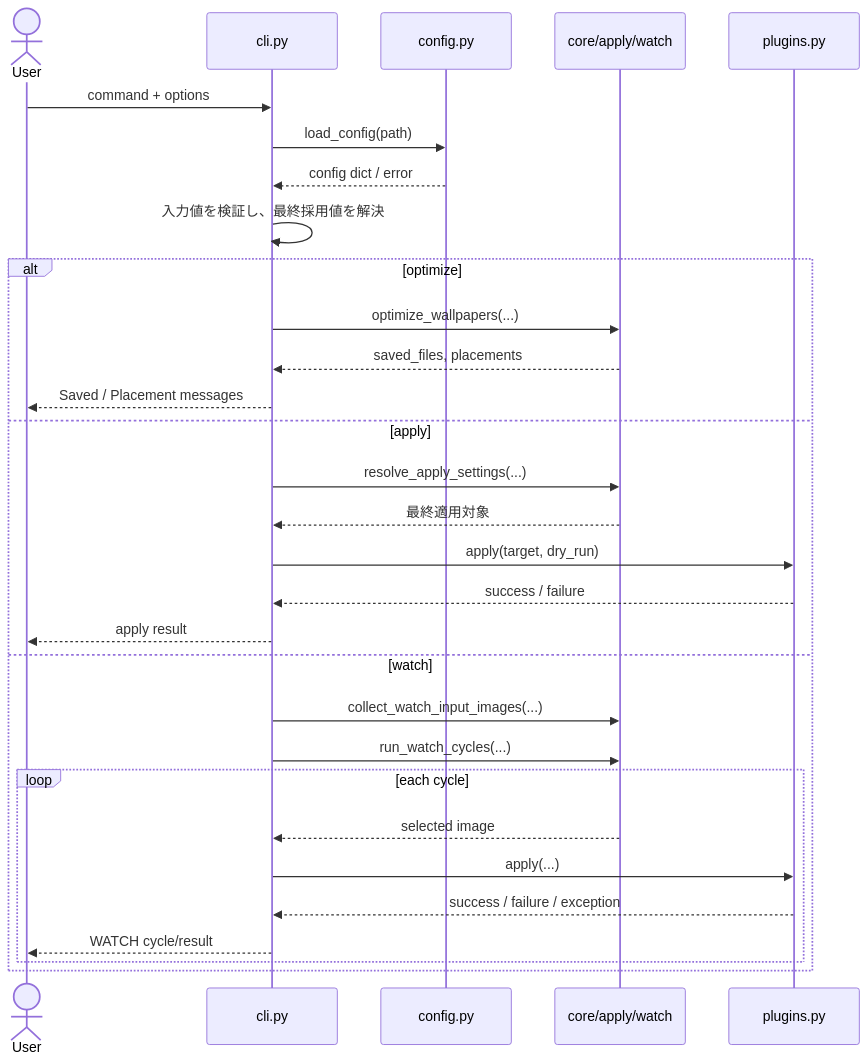
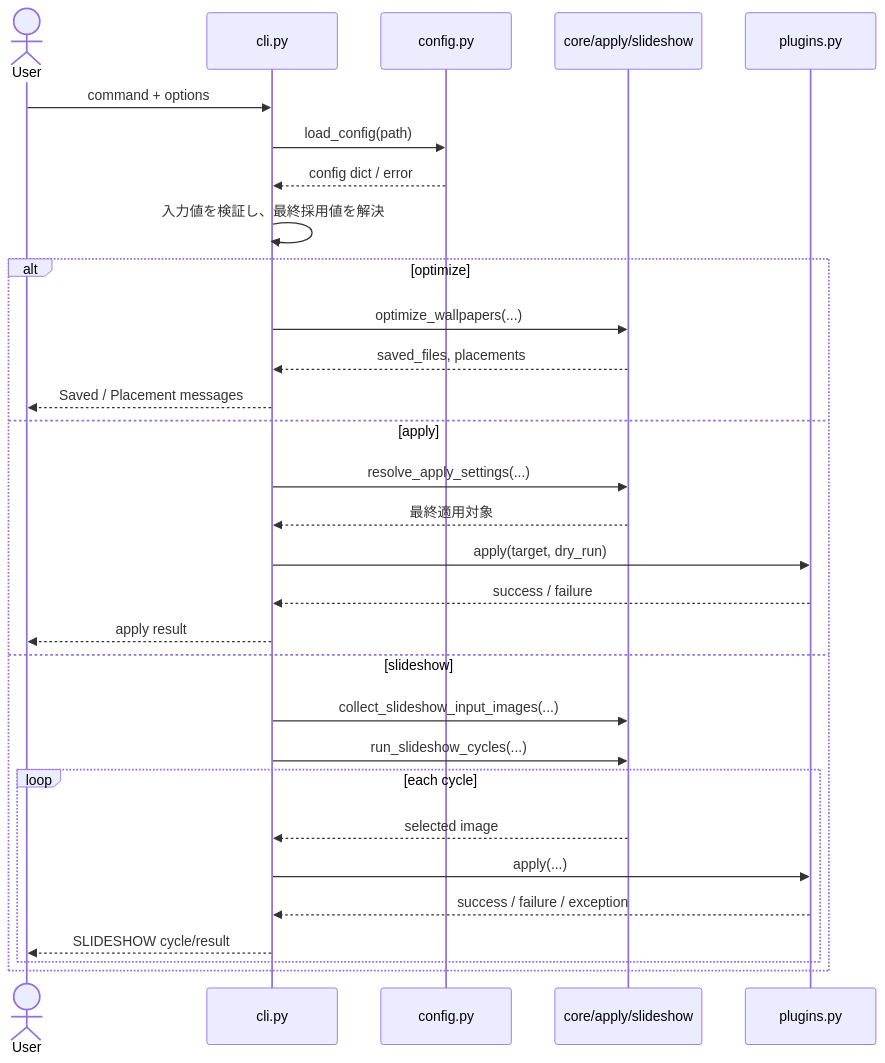
Before and after one commit to oggy8021/Harite: the diagram in docs/specs/cli/harite-cli-spec.md, drawn with Mermaid. The commit also changed other lines of this file and 7 other files, not shown here.

````diff
--- a/docs/specs/cli/harite-cli-spec.md
+++ b/docs/specs/cli/harite-cli-spec.md
@@ -30,34 +30,34 @@
 ```mermaid
 sequenceDiagram
     actor User
     participant CLI as cli.py
     participant Config as config.py
-    participant Core as core/apply/watch
+    participant Core as core/apply/slideshow
     participant Plugin as plugins.py
 
     User->>CLI: command + options
     CLI->>Config: load_config(path)
     Config-->>CLI: config dict / error
     CLI->>CLI: 入力値を検証し、最終採用値を解決
 
     alt optimize
         CLI->>Core: optimize_wallpapers(...)
         Core-->>CLI: saved_files, placements
         CLI-->>User: Saved / Placement messages
     else apply
         CLI->>Core: resolve_apply_settings(...)
         Core-->>CLI: 最終適用対象
         CLI->>Plugin: apply(target, dry_run)
         Plugin-->>CLI: success / failure
         CLI-->>User: apply result
-    else watch
-        CLI->>Core: collect_watch_input_images(...)
-        CLI->>Core: run_watch_cycles(...)
+    else slideshow
+        CLI->>Core: collect_slideshow_input_images(...)
+        CLI->>Core: run_slideshow_cycles(...)
         loop each cycle
             Core-->>CLI: selected image
             CLI->>Plugin: apply(...)
             Plugin-->>CLI: success / failure / exception
-            CLI-->>User: WATCH cycle/result
+            CLI-->>User: SLIDESHOW cycle/result
         end
     end
 ```
````
